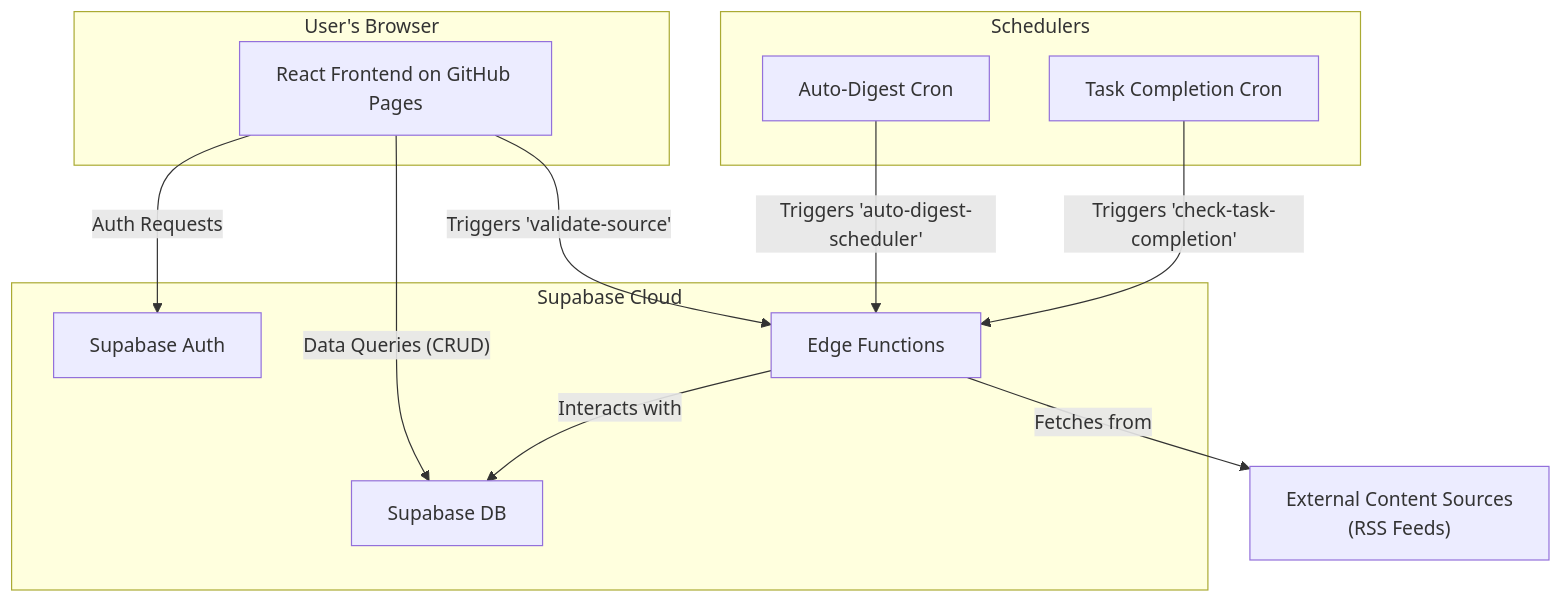
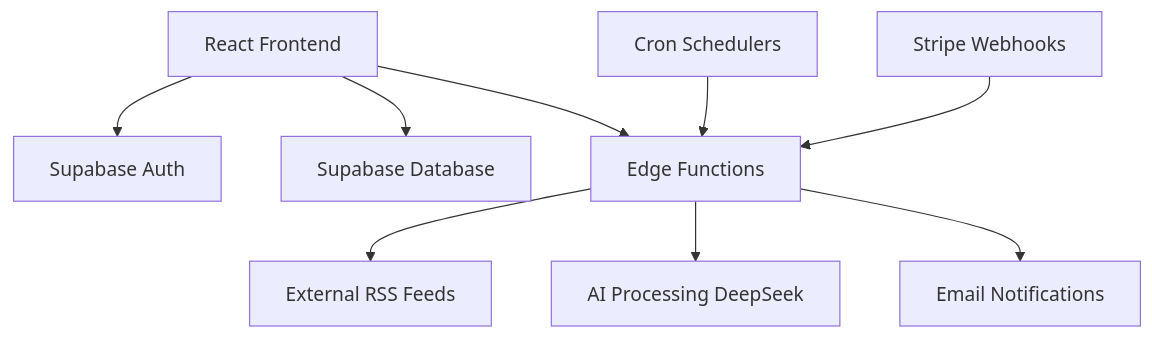
The diagram in README.md (happynocode/flowsense), drawn with Mermaid before and after one commit. The commit also changed other lines of this file, not shown here.

````diff
--- a/README.md
+++ b/README.md
@@ -41,28 +32,13 @@
 ```mermaid
 graph TD
-    subgraph User's Browser
-        A[React Frontend on GitHub Pages]
-    end
-
-    subgraph Supabase Cloud
-        B[Supabase Auth]
-        C[Supabase DB]
-        D[Edge Functions]
-    end
+    A[React Frontend] --> B[Supabase Auth]
+    A --> C[Supabase Database]
+    A --> D[Edge Functions]
     
-    subgraph Schedulers
-        E[Auto-Digest Cron]
-        F[Task Completion Cron]
-    end
-
-    A -- Auth Requests --> B
-    A -- Data Queries (CRUD) --> C
-    A -- Triggers 'validate-source' --> D
+    E[Cron Schedulers] --> D
+    D --> F[External RSS Feeds]
+    D --> G[AI Processing DeepSeek]
     
-    E -- Triggers 'auto-digest-scheduler' --> D
-    F -- Triggers 'check-task-completion' --> D
-
-    D -- Interacts with --> C
-    D -- Fetches from --> G["External Content Sources <br/> (RSS Feeds)"]
-    
+    H[Stripe Webhooks] --> D
+    D --> I[Email Notifications]
 ```
````
